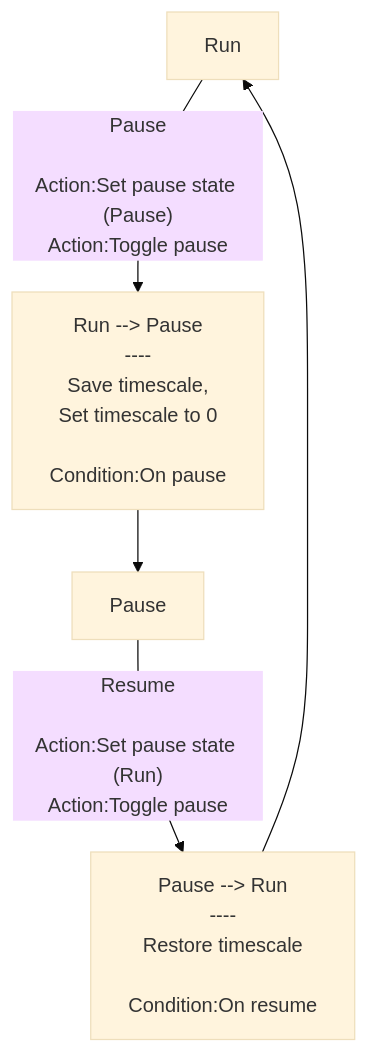
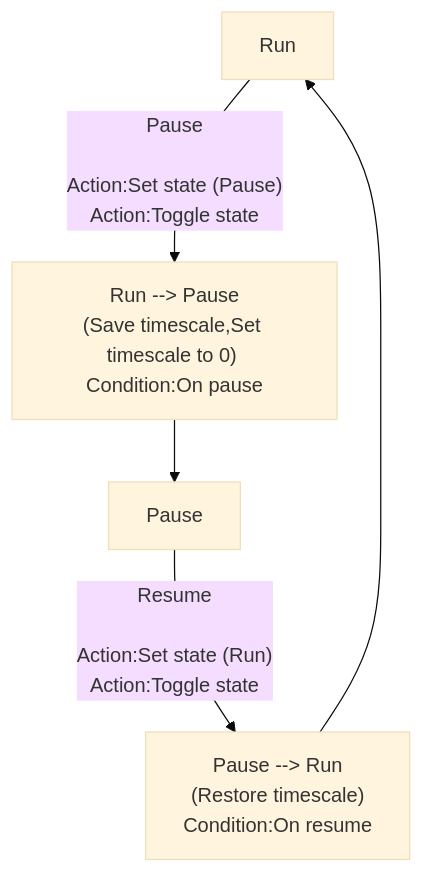
One commit to Jayed2016/C3RexDoc changed the diagram in plugins.md/rex_pause.md. Above: the diagram before and after it, drawn with Mermaid (base theme). The commit also changed other lines of this file and 5 other files, not shown here.

````diff
--- a/plugins.md/rex_pause.md
+++ b/plugins.md/rex_pause.md
@@ -24,8 +24,8 @@
 ```mermaid
 graph TB
 
-StateRun["Run"] --> |"Pause<br> <br>Action:Set pause state (Pause)<br>Action:Toggle pause"| TransitionRun2Pause["Run --> Pause<br>----<br>Save timescale,<br>Set timescale to 0<br> <br>Condition:On pause"]
+StateRun["Run"] --> |"Pause<br> <br>Action:Set state (Pause)<br>Action:Toggle state"| TransitionRun2Pause["Run --> Pause<br>(Save timescale,Set timescale to 0) <br>Condition:On pause"]
 TransitionRun2Pause --> StatePause["Pause"]
-StatePause --> |"Resume<br> <br>Action:Set pause state (Run)<br>Action:Toggle pause"| TransitionPause2Run["Pause --> Run<br>----<br>Restore timescale<br> <br>Condition:On resume"]
+StatePause --> |"Resume<br> <br>Action:Set state (Run)<br>Action:Toggle state"| TransitionPause2Run["Pause --> Run<br>(Restore timescale)<br>Condition:On resume"]
 TransitionPause2Run --> StateRun
 ```
````
